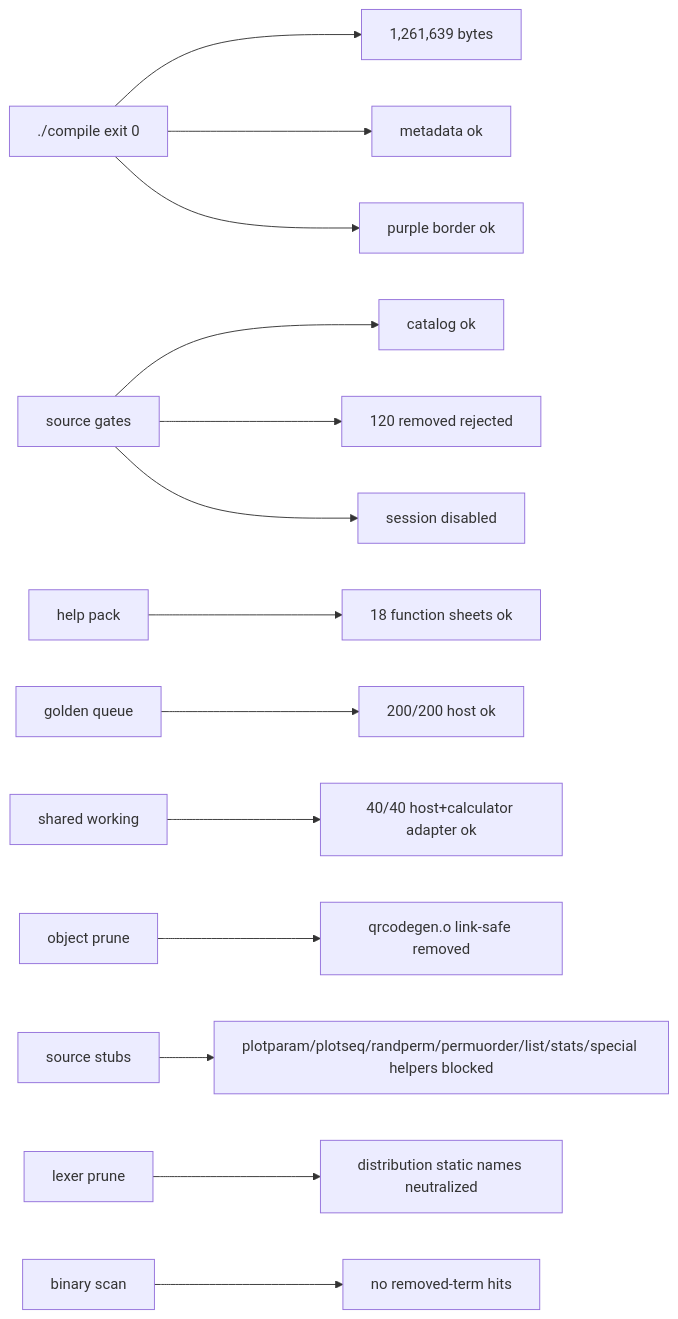
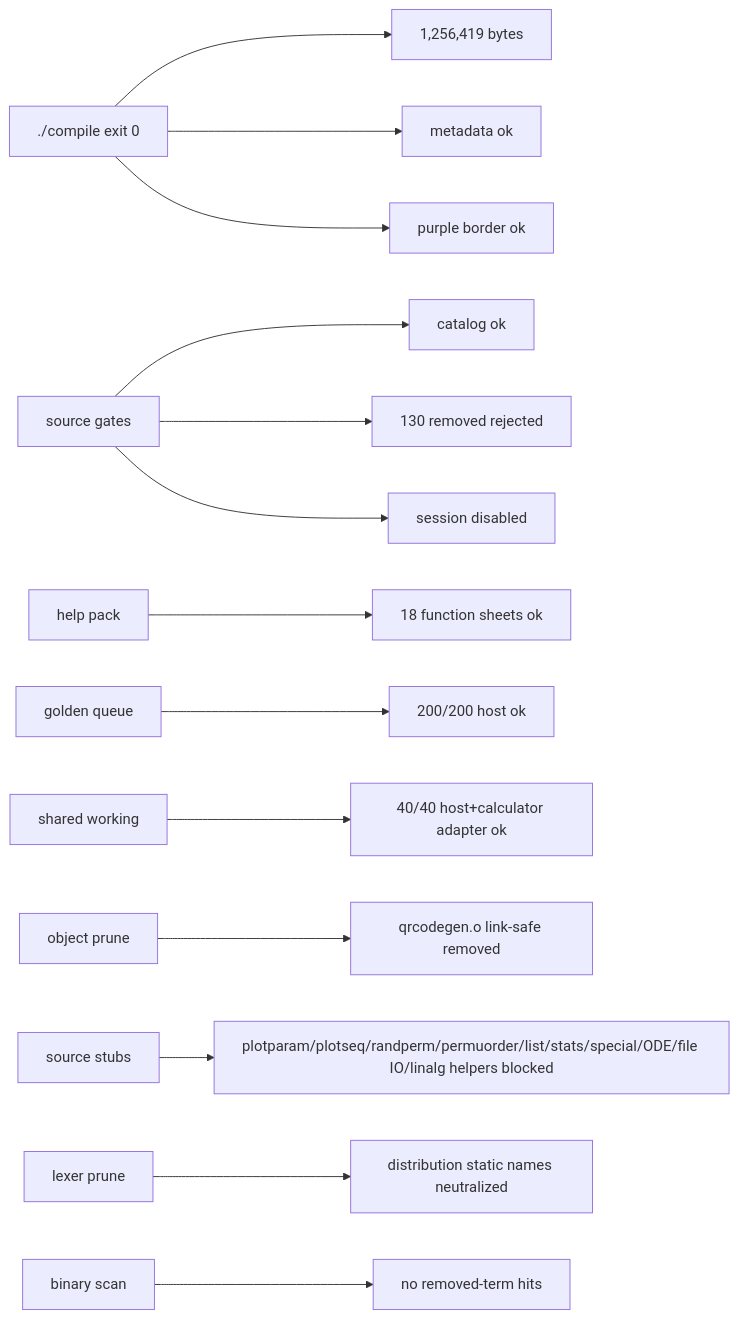
One commit to james8464/notes-addin-casio-fx-cg50 changed the seventh of 7 diagrams in docs/GRAPH.md. Above: the diagram before and after it, drawn with Mermaid. The commit also changed other lines of this file and 20 other files, not shown here.

Commit message:
prune ode file and matrix helpers

````diff
--- a/docs/GRAPH.md
+++ b/docs/GRAPH.md
@@ -120,16 +124,16 @@
 ```mermaid
 graph LR
-  Build["./compile exit 0"] --> Size["1,261,639 bytes"]
+  Build["./compile exit 0"] --> Size["1,256,419 bytes"]
   Build --> Meta["metadata ok"]
   Build --> Border["purple border ok"]
   Source["source gates"] --> Catalog["catalog ok"]
-  Source --> Removed["120 removed rejected"]
+  Source --> Removed["130 removed rejected"]
   Source --> Session["session disabled"]
   Help["help pack"] --> HelpQ["18 function sheets ok"]
   Queue["golden queue"] --> QueueRun["200/200 host ok"]
   Shared["shared working"] --> SharedRun["40/40 host+calculator adapter ok"]
   Obj["object prune"] --> QR["qrcodegen.o link-safe removed"]
-  Macro["source stubs"] --> Stubbed["plotparam/plotseq/randperm/permuorder/list/stats/special helpers blocked"]
+  Macro["source stubs"] --> Stubbed["plotparam/plotseq/randperm/permuorder/list/stats/special/ODE/file IO/linalg helpers blocked"]
   Static["lexer prune"] --> StaticRun["distribution static names neutralized"]
   Bin["binary scan"] --> NoLeak["no removed-term hits"]
 ```
````
